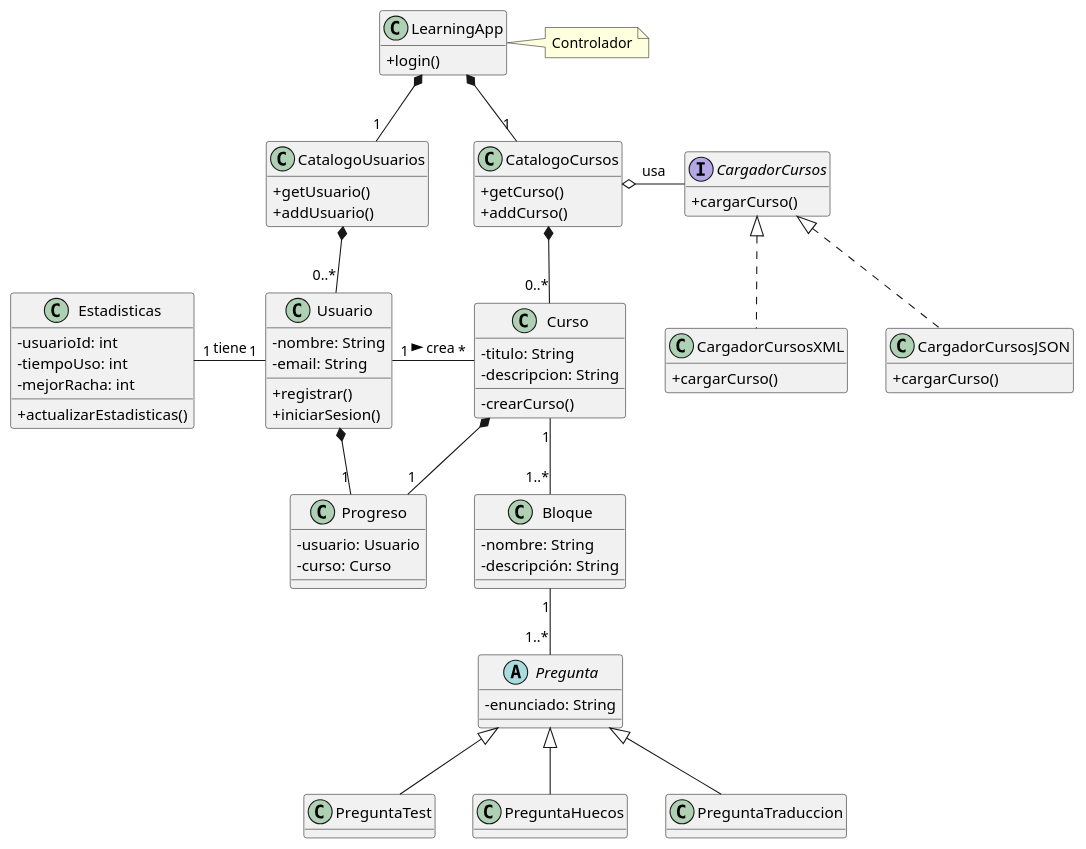
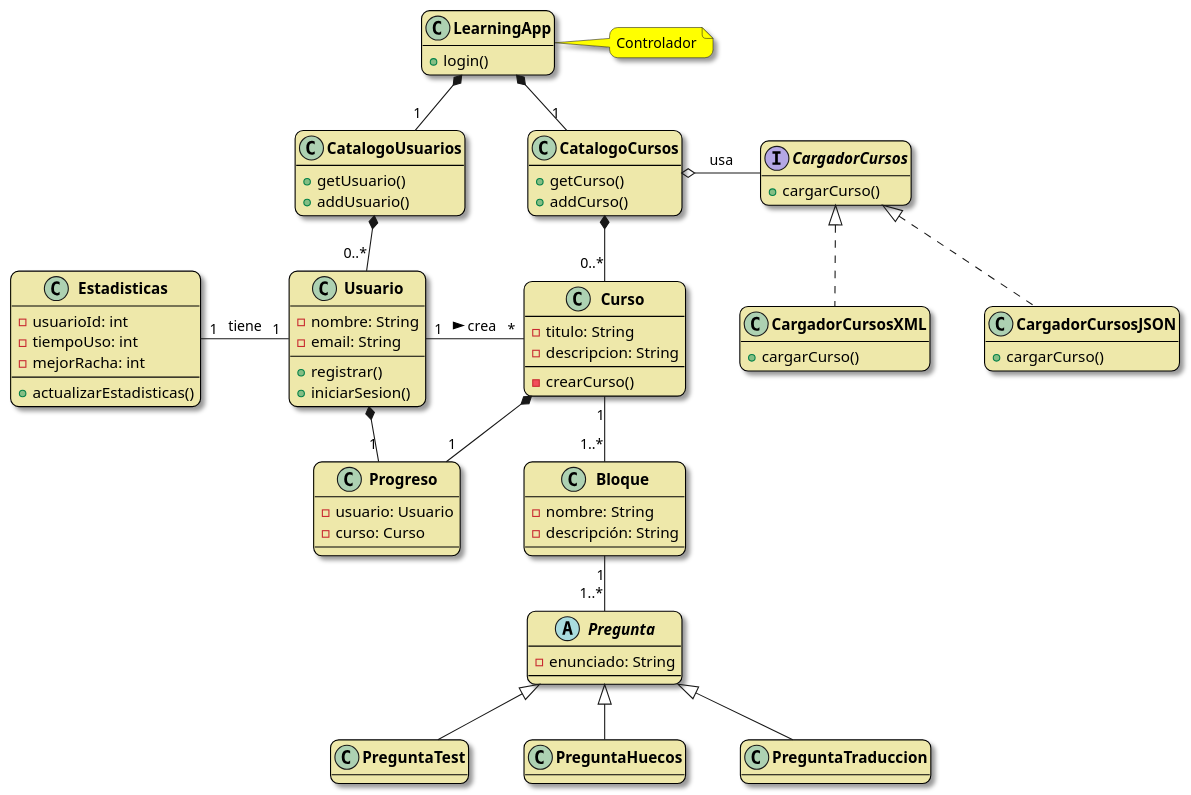
The diagram in design/model/model.puml (hsanchezm7/temulingo), drawn with PlantUML before and after one commit. The commit also changed 4 other files, not shown here.

```diff
--- a/design/model/model.puml
+++ b/design/model/model.puml
@@ -1,115 +1,122 @@
 @startuml LearningApp
 
-skinparam defaultFontName Helvetica
-skinparam nodePadding 200
-skinparam classAttributeIconSize 0
+skinparam DefaultFontName Helvetica
+skinparam classBackgroundColor PaleGoldenrod
+skinparam classBorderColor Black
+skinparam classBorderThickness 1
+skinparam classFontStyle bold
+skinparam noteBackgroundColor Yellow
+skinparam shadowing true
+skinparam roundCorner 15
+skinparam nodesep 50
+skinparam ranksep 50
 
 class LearningApp {
     + login()
 }
 
 class Usuario {
     - nombre: String
     - email: String
     + registrar()
     + iniciarSesion()
 }
 
 class Curso {
     - titulo: String
     - descripcion: String
     - crearCurso()
 }
 
 class CatalogoUsuarios {
     + getUsuario()
     + addUsuario()
 }
 
 class CatalogoCursos {
     + getCurso()
     + addCurso()
 }
 
 class Estadisticas {
     - usuarioId: int
     - tiempoUso: int
     - mejorRacha: int
     + actualizarEstadisticas()
 }
 
 class Progreso {
     - usuario: Usuario
     - curso: Curso
 }
 
 interface CargadorCursos {
     + cargarCurso()
 }
 
 class CargadorCursosJSON implements CargadorCursos {
     + cargarCurso()
 }
 
 class CargadorCursosXML implements CargadorCursos {
     + cargarCurso()
 }
 
 class Bloque {
     - nombre: String
     - descripción: String
 }
 
 abstract class Pregunta {
     - enunciado: String
 }
 
 class PreguntaTest {
 
 }
 
 class PreguntaHuecos {
     
 }
 
 class PreguntaTraduccion {
     
 }
 
 note right of LearningApp : Controlador
 
 hide LearningApp attributes
 hide CatalogoUsuarios attributes
 hide CatalogoCursos attributes
 hide CargadorCursos attributes
 hide CargadorCursosXML attributes
 hide CargadorCursosJSON attributes
 
 hide PreguntaTest attributes
 hide PreguntaHuecos attributes
 hide PreguntaTraduccion attributes
 
 
 LearningApp *-- "1" CatalogoCursos
 LearningApp *-- "1" CatalogoUsuarios
 
 Usuario *-down- "1" Progreso
 Curso *-- "1" Progreso
 
 CatalogoUsuarios *-- "0..*" Usuario
 CatalogoCursos *-- "0..*" Curso
 
 Usuario "1" -right- "*" Curso : crea >
 Usuario "1" -left- "1" Estadisticas : tiene
 
 CatalogoCursos o-right- CargadorCursos : usa
 
 Curso "1" -down- "1..*" Bloque
 
 Bloque "1" -- "1..*" Pregunta
 
 Pregunta <|-- PreguntaTest
 Pregunta <|-- PreguntaHuecos
 Pregunta <|-- PreguntaTraduccion
 
 @enduml
```
